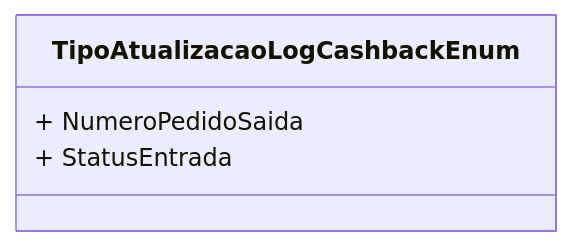
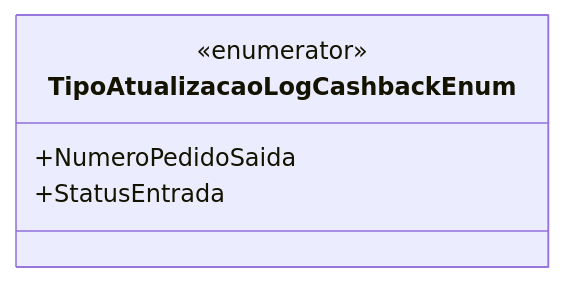
The diagram in docs/b2b-dominio/IsthmusWinthor.Nucleo/IsthmusWinthor.Dominio/Enumeradores/TipoAtualizacaoLogCashbackEnum.md (IsthmusSistemas/documentacao-tecnica), drawn with Mermaid before and after one commit. The commit also changed other lines of this file and 882 other files, not shown here.

````diff
--- a/docs/b2b-dominio/IsthmusWinthor.Nucleo/IsthmusWinthor.Dominio/Enumeradores/TipoAtualizacaoLogCashbackEnum.md
+++ b/docs/b2b-dominio/IsthmusWinthor.Nucleo/IsthmusWinthor.Dominio/Enumeradores/TipoAtualizacaoLogCashbackEnum.md
@@ -11,7 +13,8 @@
 ```mermaid
 classDiagram
     class TipoAtualizacaoLogCashbackEnum {
-        + NumeroPedidoSaida
-        + StatusEntrada
+        <<enumerator>>
+        +NumeroPedidoSaida
+        +StatusEntrada
     }
 ```
````
